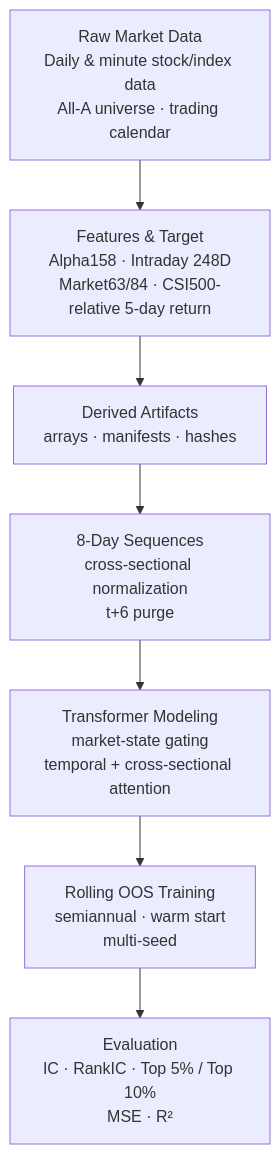
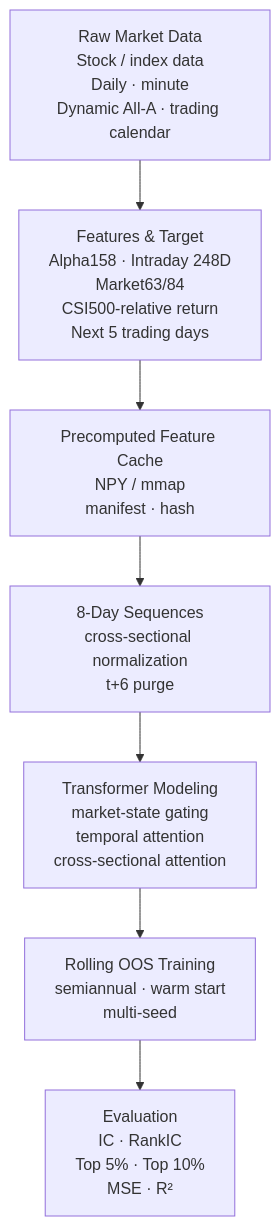
Before and after one commit to whrit/end-to-end-stock-transformer: the diagram in README.md, drawn with Mermaid. The commit also changed other lines of this file and 1 other file, not shown here.

Commit message:
Fix README pipeline diagram rendering

````diff
--- a/README.md
+++ b/README.md
@@ -22,11 +22,18 @@
 ```mermaid
 flowchart TD
-    A["Raw Market Data<br/>Daily & minute stock/index data<br/>All-A universe · trading calendar"]
-    B["Features & Target<br/>Alpha158 · Intraday 248D<br/>Market63/84 · CSI500-relative 5-day return"]
-    C["Derived Artifacts<br/>arrays · manifests · hashes"]
+    A["Raw Market Data<br/>Stock / index data<br/>Daily · minute<br/>Dynamic All-A · trading calendar"]
+
+    B["Features & Target<br/>Alpha158 · Intraday 248D<br/>Market63/84<br/>CSI500-relative return<br/>Next 5 trading days"]
+
+    C["Precomputed Feature Cache<br/>NPY / mmap<br/>manifest · hash"]
+
     D["8-Day Sequences<br/>cross-sectional normalization<br/>t+6 purge"]
-    E["Transformer Modeling<br/>market-state gating<br/>temporal + cross-sectional attention"]
+
+    E["Transformer Modeling<br/>market-state gating<br/>temporal attention<br/>cross-sectional attention"]
+
     F["Rolling OOS Training<br/>semiannual · warm start<br/>multi-seed"]
-    G["Evaluation<br/>IC · RankIC · Top 5% / Top 10%<br/>MSE · R²"]
+
+    G["Evaluation<br/>IC · RankIC<br/>Top 5% · Top 10%<br/>MSE · R²"]
+
     A --> B --> C --> D --> E --> F --> G
 ```
````
